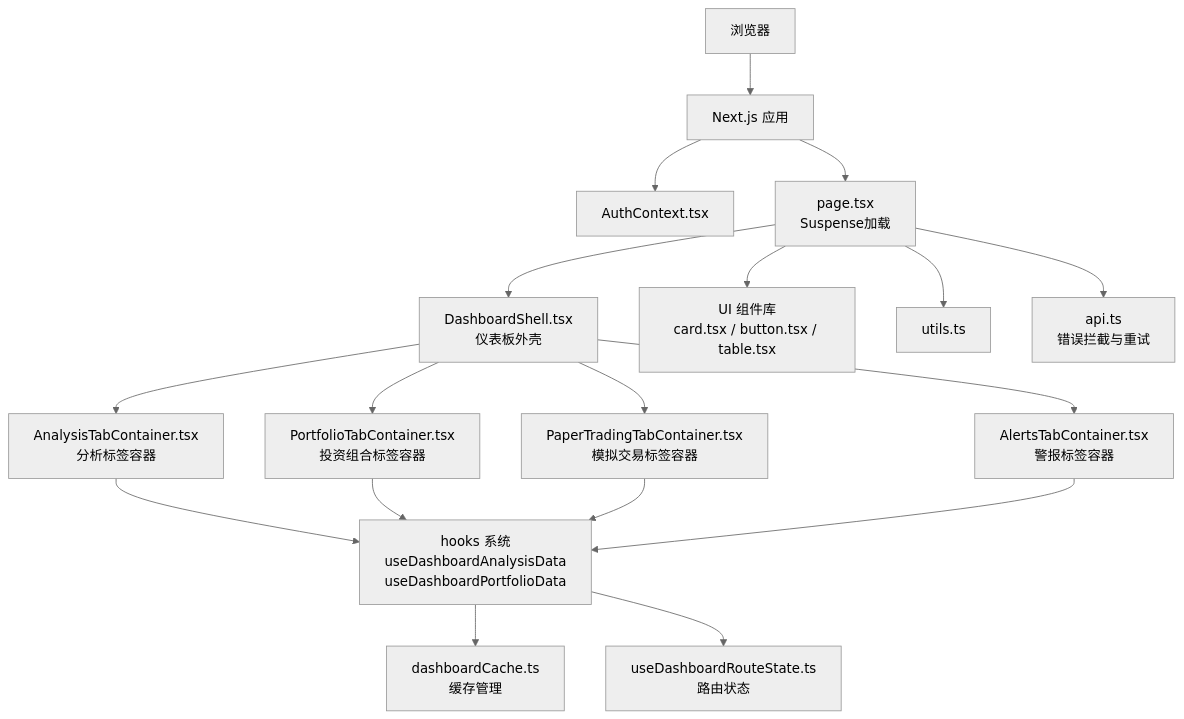
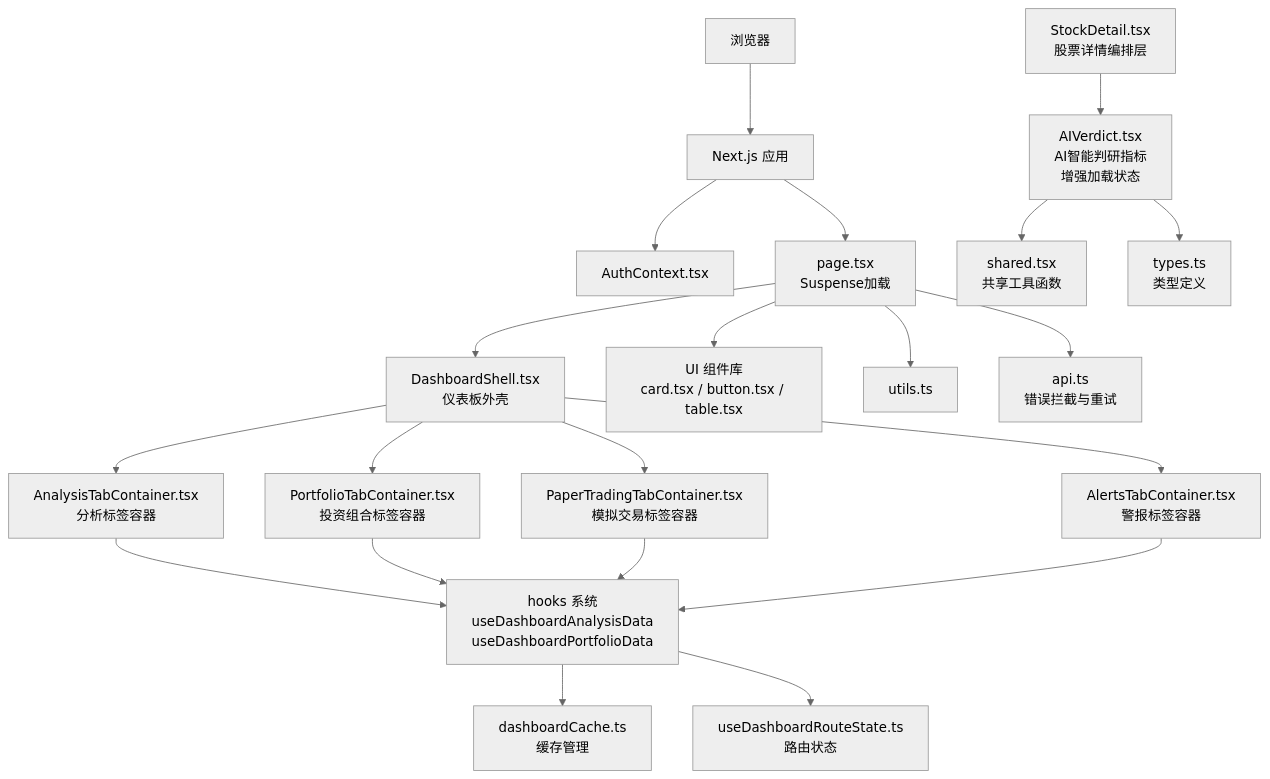
One commit to breeze-lyf/ai-stock-advisor changed the second of 15 diagrams in .qoder/repowiki/zh/content/投资组合管理/前端集成与展示/前端集成与展示.md. Above: the diagram before and after it, drawn with Mermaid (neutral theme). The commit also changed other lines of this file and 43 other files, not shown here.

Commit message:
feat: Enhance AI analysis service, update market data providers, and refactor stock detail UI with new analysis components.

````diff
--- a/.qoder/repowiki/zh/content/投资组合管理/前端集成与展示/前端集成与展示.md
+++ b/.qoder/repowiki/zh/content/投资组合管理/前端集成与展示/前端集成与展示.md
@@ -155,35 +183,42 @@
 ```mermaid
 graph TB
 Browser["浏览器"]
 Next["Next.js 应用"]
 Auth["AuthContext.tsx"]
 Page["page.tsx<br/>Suspense加载"]
 Dashboard["DashboardShell.tsx<br/>仪表板外壳"]
 Analysis["AnalysisTabContainer.tsx<br/>分析标签容器"]
 Portfolio["PortfolioTabContainer.tsx<br/>投资组合标签容器"]
 Paper["PaperTradingTabContainer.tsx<br/>模拟交易标签容器"]
 Alerts["AlertsTabContainer.tsx<br/>警报标签容器"]
 Hooks["hooks 系统<br/>useDashboardAnalysisData<br/>useDashboardPortfolioData"]
 Cache["dashboardCache.ts<br/>缓存管理"]
 Route["useDashboardRouteState.ts<br/>路由状态"]
 UI["UI 组件库<br/>card.tsx / button.tsx / table.tsx"]
 Utils["utils.ts"]
 API["api.ts<br/>错误拦截与重试"]
+StockDetail["StockDetail.tsx<br/>股票详情编排层"]
+AIVerdict["AIVerdict.tsx<br/>AI智能判研指标<br/>增强加载状态"]
+Shared["shared.tsx<br/>共享工具函数"]
+Types["types.ts<br/>类型定义"]
 Browser --> Next
 Next --> Auth
 Next --> Page
 Page --> Dashboard
 Dashboard --> Analysis
 Dashboard --> Portfolio
 Dashboard --> Paper
 Dashboard --> Alerts
 Analysis --> Hooks
 Portfolio --> Hooks
 Paper --> Hooks
 Alerts --> Hooks
 Hooks --> Cache
 Hooks --> Route
 Page --> UI
 Page --> API
 Page --> Utils
+StockDetail --> AIVerdict
+AIVerdict --> Shared
+AIVerdict --> Types
 ```
````
